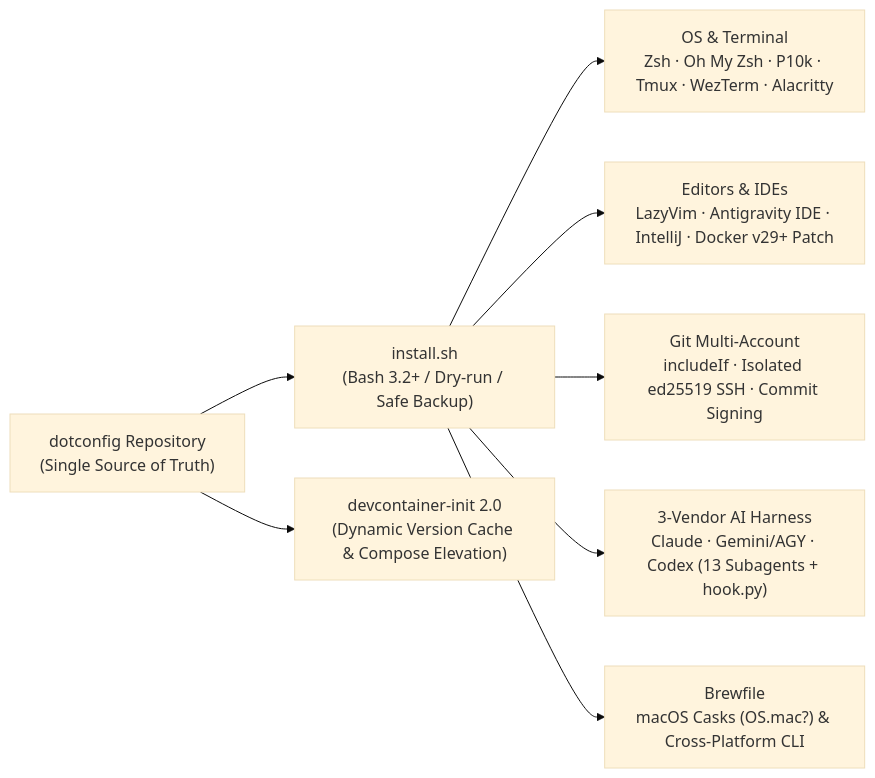
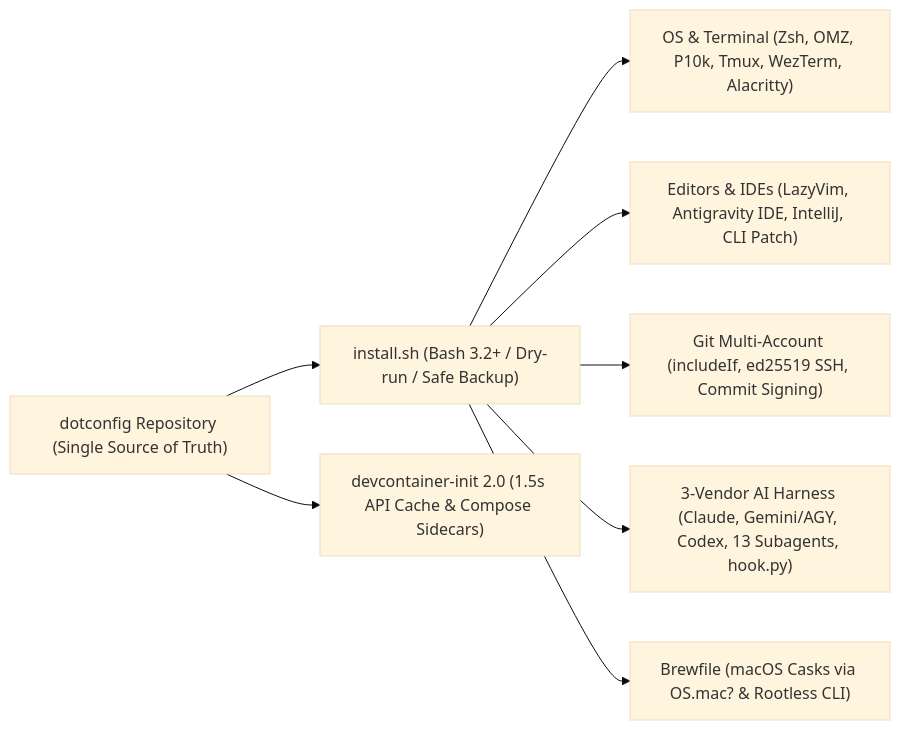
The diagram in README.md (gdtknight/dotconfig), drawn with Mermaid (base theme) before and after one commit. The commit also changed other lines of this file and 4 other files, not shown here.

````diff
--- a/README.md
+++ b/README.md
@@ -39,12 +39,12 @@
 ```mermaid
 flowchart LR
-    Repo["dotconfig Repository<br/>(Single Source of Truth)"] --> Installer["install.sh<br/>(Bash 3.2+ / Dry-run / Safe Backup)"]
+    Repo["dotconfig Repository (Single Source of Truth)"] --> Installer["install.sh (Bash 3.2+ / Dry-run / Safe Backup)"]
 
-    Installer --> Env["OS & Terminal<br/>Zsh · Oh My Zsh · P10k · Tmux · WezTerm · Alacritty"]
-    Installer --> Editor["Editors & IDEs<br/>LazyVim · Antigravity IDE · IntelliJ · Docker v29+ Patch"]
-    Installer --> Git["Git Multi-Account<br/>includeIf · Isolated ed25519 SSH · Commit Signing"]
-    Installer --> Agents["3-Vendor AI Harness<br/>Claude · Gemini/AGY · Codex (13 Subagents + hook.py)"]
-    Installer --> Pkg["Brewfile<br/>macOS Casks (OS.mac?) & Cross-Platform CLI"]
+    Installer --> Env["OS & Terminal (Zsh, OMZ, P10k, Tmux, WezTerm, Alacritty)"]
+    Installer --> Editor["Editors & IDEs (LazyVim, Antigravity IDE, IntelliJ, CLI Patch)"]
+    Installer --> Git["Git Multi-Account (includeIf, ed25519 SSH, Commit Signing)"]
+    Installer --> Agents["3-Vendor AI Harness (Claude, Gemini/AGY, Codex, 13 Subagents, hook.py)"]
+    Installer --> Pkg["Brewfile (macOS Casks via OS.mac? & Rootless CLI)"]
 
-    Repo --> DC["devcontainer-init 2.0<br/>(Dynamic Version Cache & Compose Elevation)"]
+    Repo --> DC["devcontainer-init 2.0 (1.5s API Cache & Compose Sidecars)"]
 ```
````
